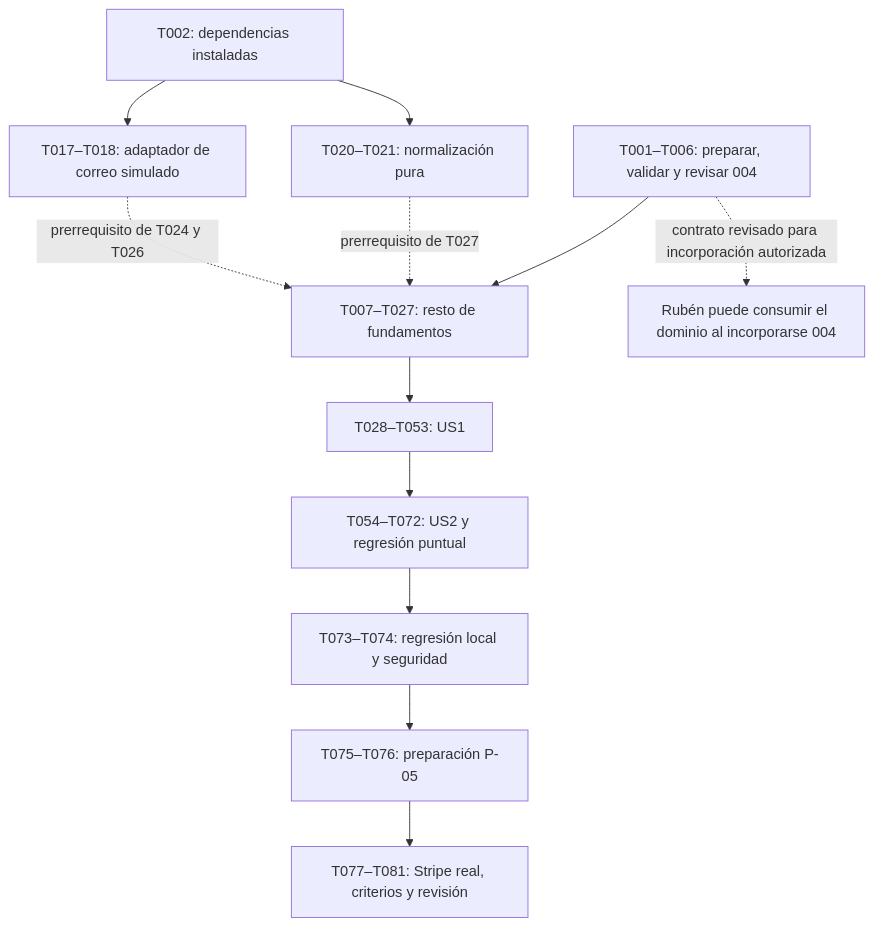
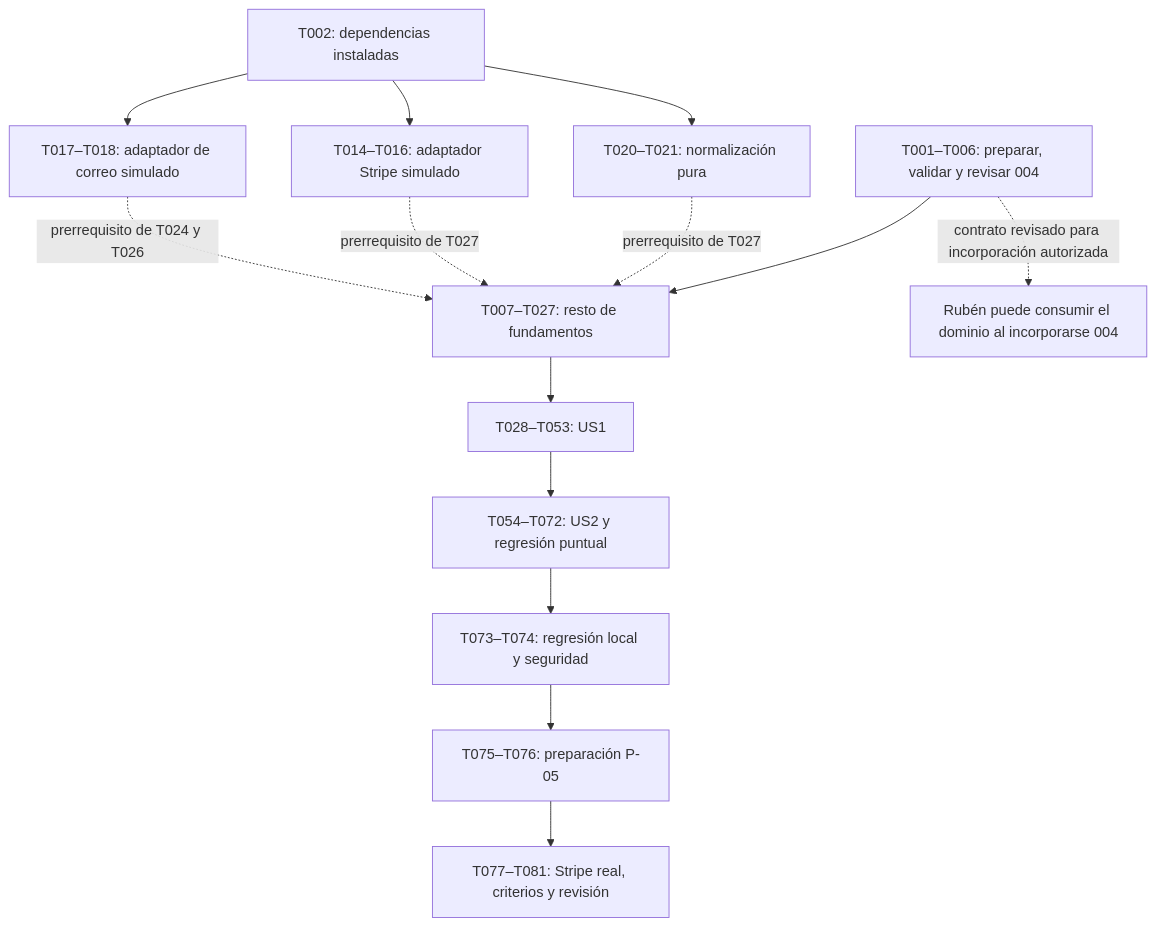
Before and after one commit to nmp55-ua/IWEB_ONG: the diagram in specs/spec-001/tasks.md, drawn with Mermaid. The commit also changed other lines of this file and 3 other files, not shown here.

Commit message:
HU-01: amplía y prueba el adaptador de Stripe

````diff
--- a/specs/spec-001/tasks.md
+++ b/specs/spec-001/tasks.md
@@ -473,14 +486,16 @@
 ```mermaid
 flowchart TD
     A["T001–T006: preparar, validar y revisar 004"] --> B["T007–T027: resto de fundamentos"]
     A -. "contrato revisado para incorporación autorizada" .-> R["Rubén puede consumir el dominio al incorporarse 004"]
     N["T002: dependencias instaladas"] --> P["T020–T021: normalización pura"]
     P -. "prerrequisito de T027" .-> B
+    N --> Q["T014–T016: adaptador Stripe simulado"]
+    Q -. "prerrequisito de T027" .-> B
     N --> S["T017–T018: adaptador de correo simulado"]
     S -. "prerrequisito de T024 y T026" .-> B
     B --> C["T028–T053: US1"]
     C --> D["T054–T072: US2 y regresión puntual"]
     D --> E["T073–T074: regresión local y seguridad"]
     E --> F["T075–T076: preparación P-05"]
     F --> G["T077–T081: Stripe real, criterios y revisión"]
 ```
````
